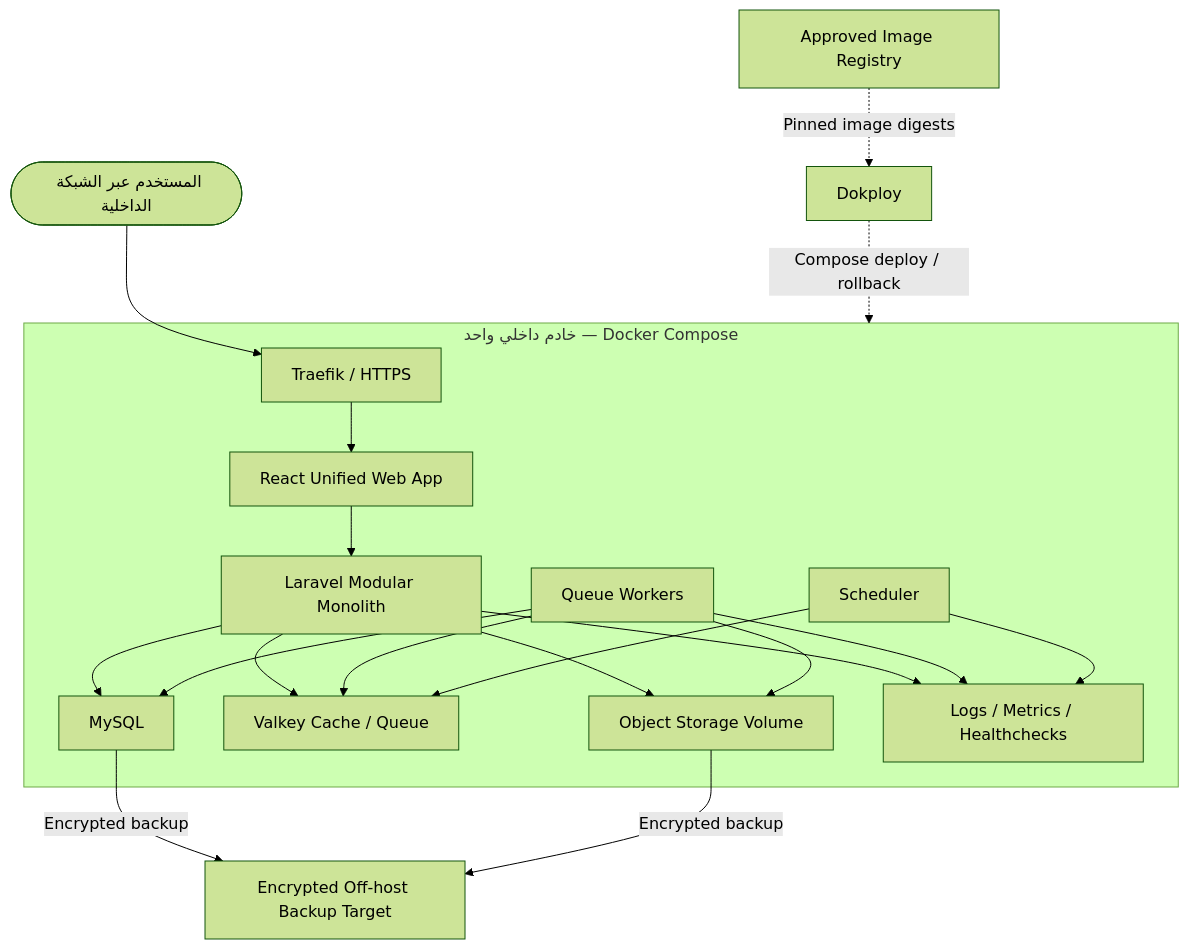
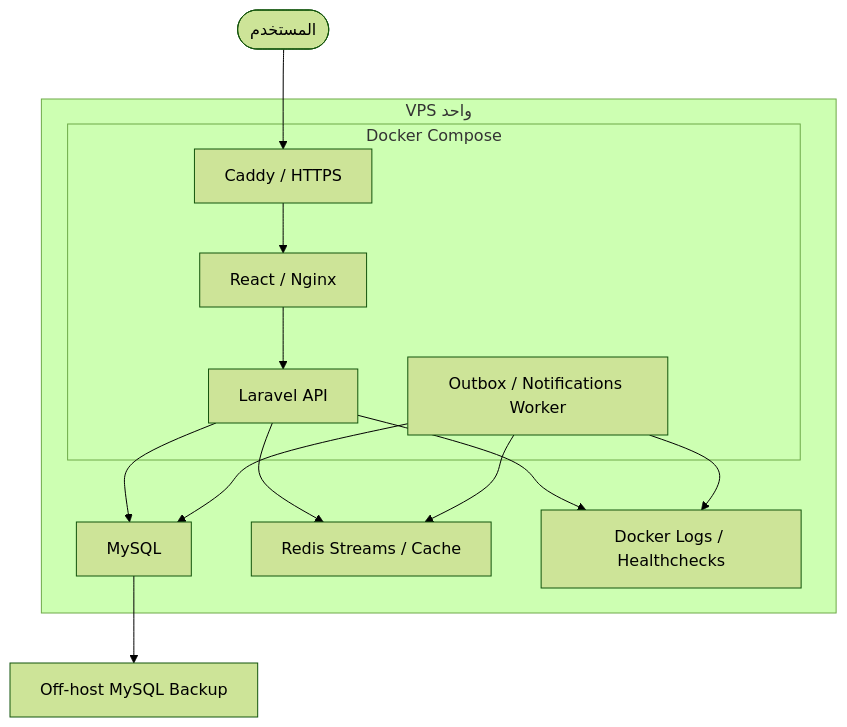
Before and after one commit to tariiq222/cluster: the diagram in docs/architecture/diagrams/containers.mmd, drawn with Mermaid (forest theme). The commit also changed 67 other files, not shown here.

Commit message:
feat(platform): deploy direct VPS stack with Redis

```diff
--- a/docs/architecture/diagrams/containers.mmd
+++ b/docs/architecture/diagrams/containers.mmd
@@ -1,35 +1,25 @@
 flowchart TB
-    USER(["المستخدم عبر الشبكة الداخلية"])
+    USER(["المستخدم"])
 
-    subgraph HOST["خادم داخلي واحد — Docker Compose"]
-        TRAEFIK["Traefik / HTTPS"]
-        WEB["React Unified Web App"]
-        API["Laravel Modular Monolith"]
-        WORKERS["Queue Workers"]
-        SCHEDULER["Scheduler"]
+    subgraph VPS["VPS واحد"]
+        subgraph COMPOSE["Docker Compose"]
+            CADDY["Caddy / HTTPS"]
+            WEB["React / Nginx"]
+            API["Laravel API"]
+            WORKER["Outbox / Notifications Worker"]
+        end
         MYSQL["MySQL"]
-        VALKEY["Valkey Cache / Queue"]
-        OBJECT["Object Storage Volume"]
-        OBS["Logs / Metrics / Healthchecks"]
+        REDIS["Redis Streams / Cache"]
+        OBS["Docker Logs / Healthchecks"]
     end
 
-    DOKPLOY["Dokploy"]
-    REGISTRY["Approved Image Registry"]
-    BACKUP["Encrypted Off-host Backup Target"]
+    BACKUP["Off-host MySQL Backup"]
 
-    USER --> TRAEFIK
-    TRAEFIK --> WEB --> API
+    USER --> CADDY --> WEB --> API
     API --> MYSQL
-    API --> VALKEY
-    API --> OBJECT
-    WORKERS --> MYSQL
-    WORKERS --> VALKEY
-    WORKERS --> OBJECT
-    SCHEDULER --> VALKEY
+    API --> REDIS
+    WORKER --> MYSQL
+    WORKER --> REDIS
     API --> OBS
-    WORKERS --> OBS
-    SCHEDULER --> OBS
-    DOKPLOY -.->|"Compose deploy / rollback"| HOST
-    REGISTRY -.->|"Pinned image digests"| DOKPLOY
-    MYSQL -->|"Encrypted backup"| BACKUP
-    OBJECT -->|"Encrypted backup"| BACKUP
+    WORKER --> OBS
+    MYSQL --> BACKUP
```
